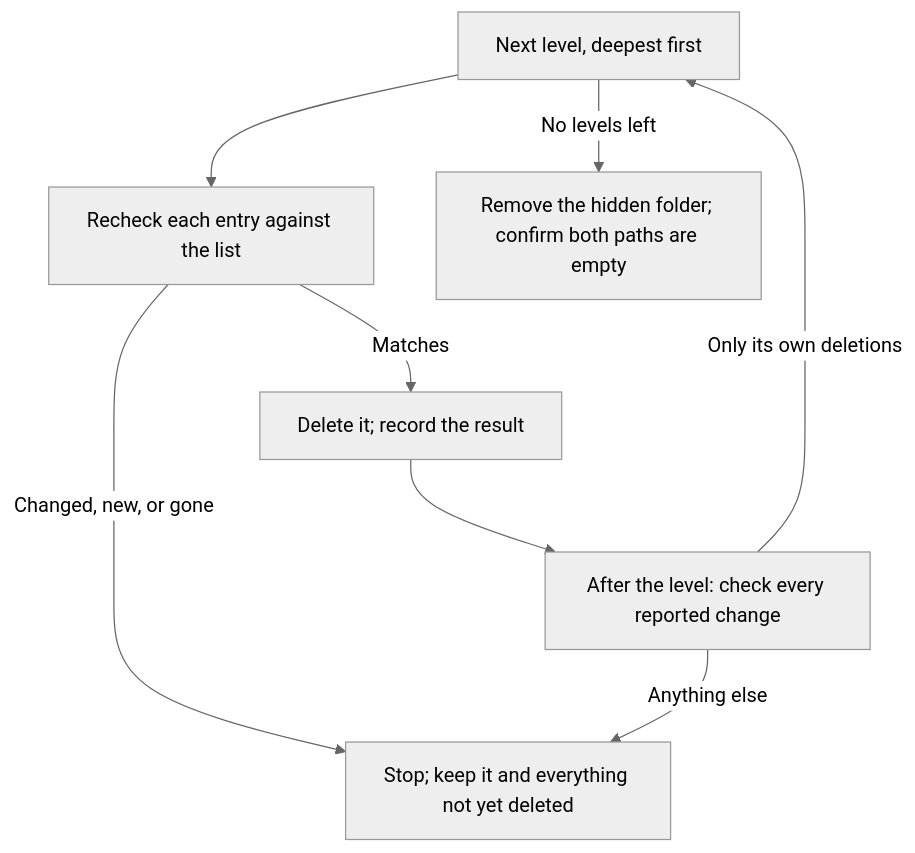
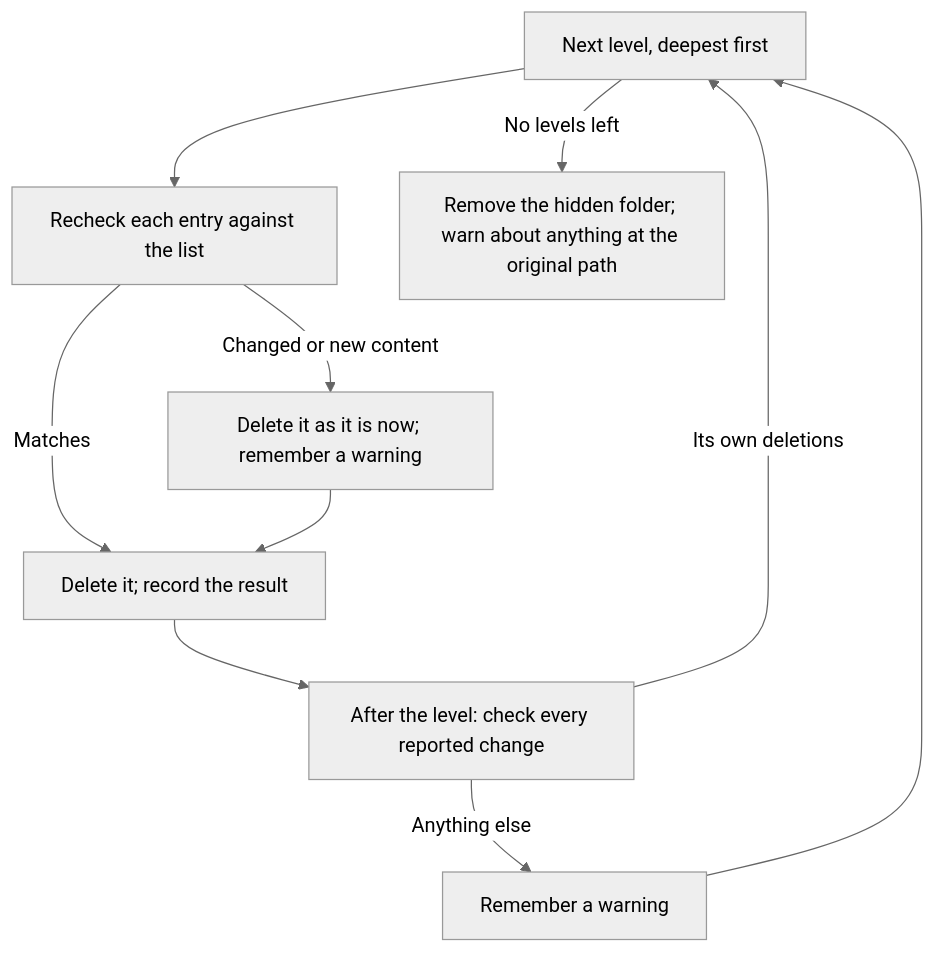
Before and after one commit to yankeeinlondon/rusty-biscuit: the fourth of 5 diagrams in worktree/docs/cli/remove.md, drawn with Mermaid (neutral theme). The commit also changed other lines of this file and 20 other files, not shown here.

````diff
--- a/worktree/docs/cli/remove.md
+++ b/worktree/docs/cli/remove.md
@@ -477,10 +458,12 @@
 ```mermaid
 flowchart TD
     L[Next level, deepest first] --> R[Recheck each entry against the list]
     R -->|Matches| U[Delete it; record the result]
-    R -->|Changed, new, or gone| S[Stop; keep it and everything not yet deleted]
+    R -->|Changed or new content| W[Delete it as it is now; remember a warning]
+    W --> U
     U --> C[After the level: check every reported change]
-    C -->|Only its own deletions| L
-    C -->|Anything else| S
-    L -->|No levels left| F[Remove the hidden folder; confirm both paths are empty]
+    C -->|Its own deletions| L
+    C -->|Anything else| W2[Remember a warning]
+    W2 --> L
+    L -->|No levels left| F[Remove the hidden folder; warn about anything at the original path]
 ```
````
